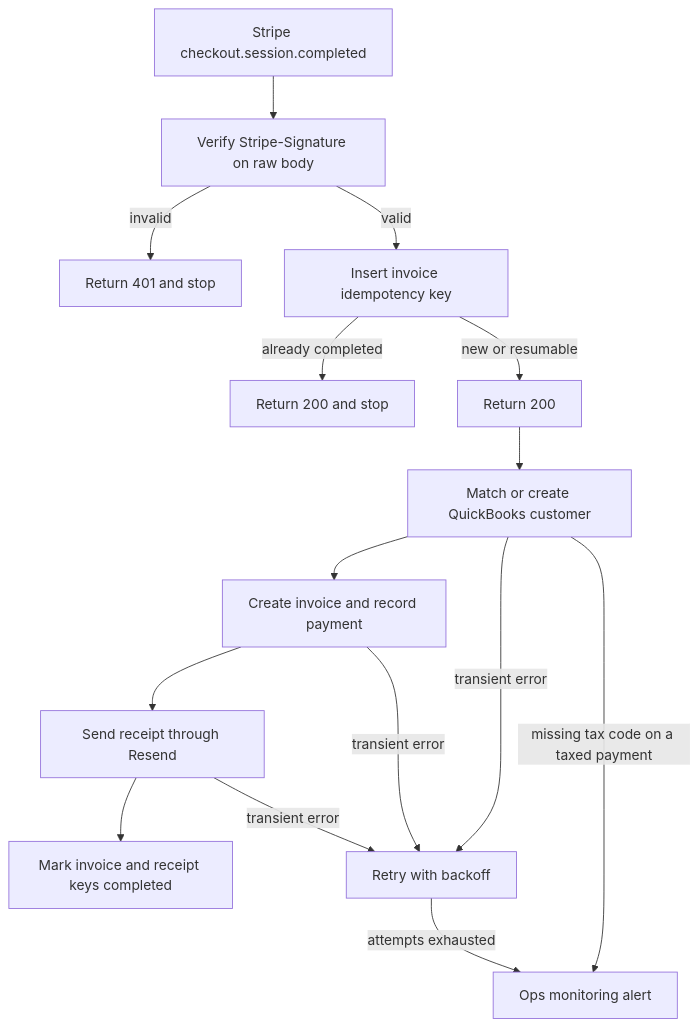
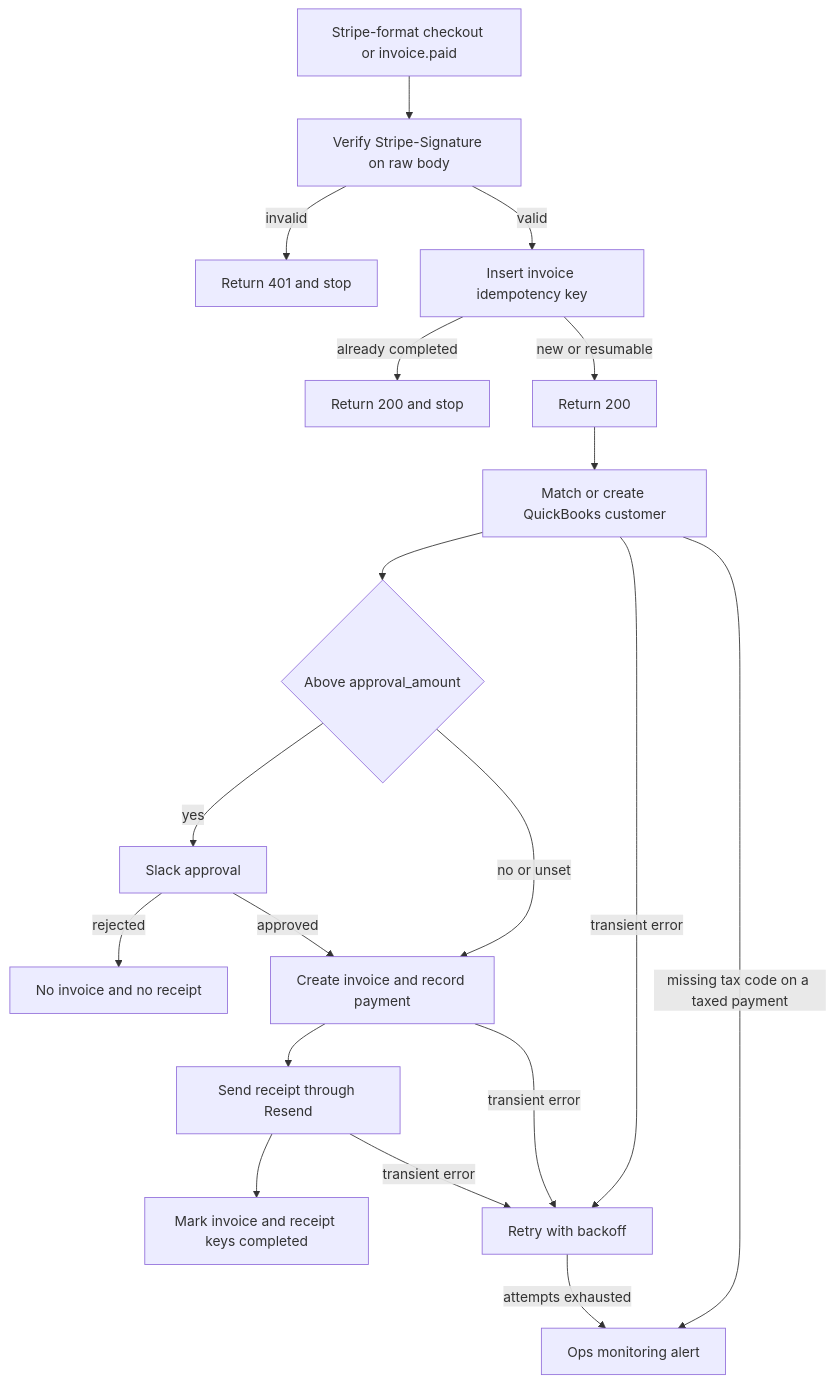
One commit to Raghavdeora27/ai-automation-portfolio changed the diagram in workflows/04-stripe-quickbooks-invoicing/README.md. Above: the diagram before and after it, drawn with Mermaid. The commit also changed other lines of this file and 29 other files, not shown here.

````diff
--- a/workflows/04-stripe-quickbooks-invoicing/README.md
+++ b/workflows/04-stripe-quickbooks-invoicing/README.md
@@ -57,17 +60,21 @@
 ```mermaid
 flowchart TD
-  stripe["Stripe checkout.session.completed"] --> verify["Verify Stripe-Signature on raw body"]
+  stripe["Stripe-format checkout or invoice.paid"] --> verify["Verify Stripe-Signature on raw body"]
   verify -->|invalid| reject["Return 401 and stop"]
   verify -->|valid| dedupe["Insert invoice idempotency key"]
   dedupe -->|already completed| ack["Return 200 and stop"]
   dedupe -->|new or resumable| ack2["Return 200"]
   ack2 --> customer["Match or create QuickBooks customer"]
-  customer --> invoice["Create invoice and record payment"]
+  customer --> gate{"Above approval_amount"}
+  gate -->|yes| person["Slack approval"]
+  person -->|rejected| stopApproval["No invoice and no receipt"]
+  person -->|approved| invoice["Create invoice and record payment"]
+  gate -->|no or unset| invoice
   invoice --> receipt["Send receipt through Resend"]
   receipt --> doneNode["Mark invoice and receipt keys completed"]
   customer -->|transient error| retry["Retry with backoff"]
   invoice -->|transient error| retry
   receipt -->|transient error| retry
   retry -->|attempts exhausted| alert["Ops monitoring alert"]
   customer -->|missing tax code on a taxed payment| alert
 ```
````
